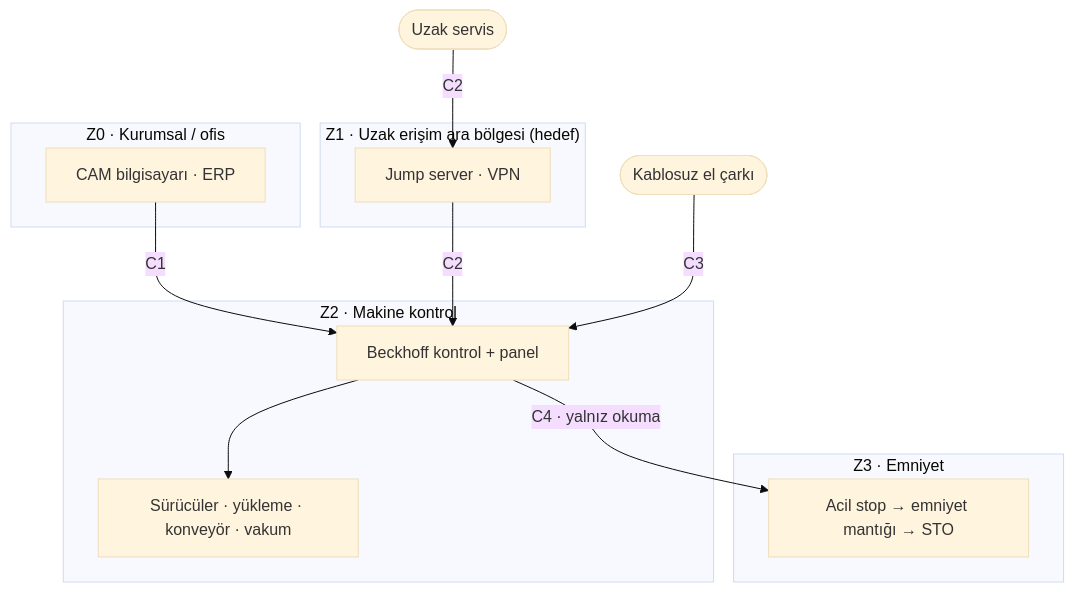
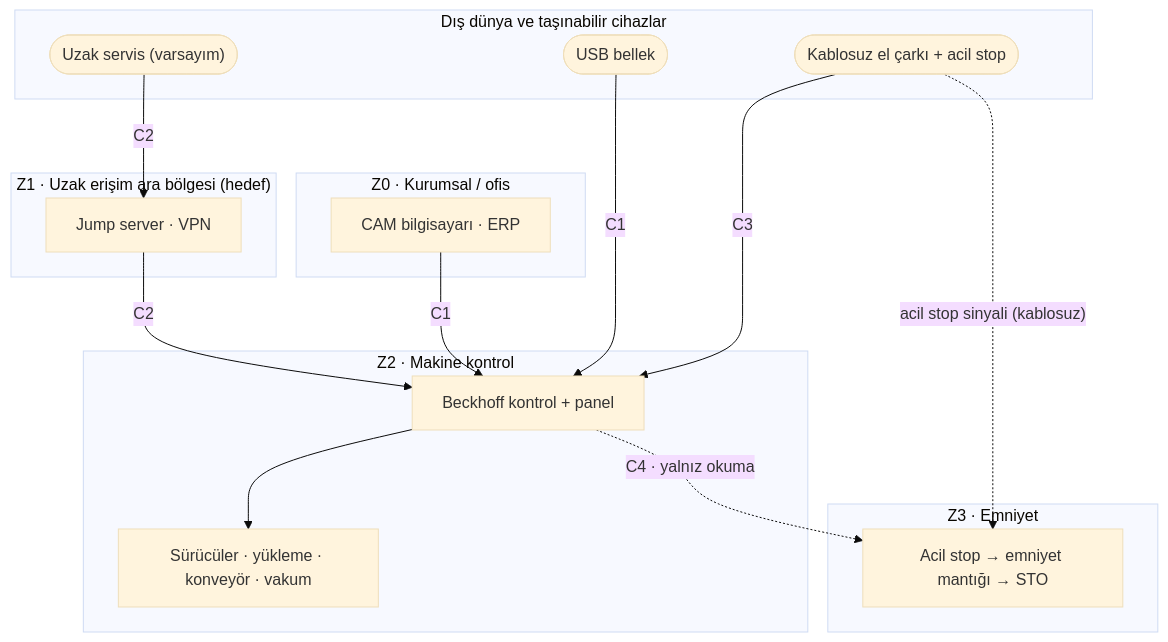
One commit to yunusemec/ymh459-elfamak-venom3x changed the diagram in lab2-iec62443-mini-workshop/lab2-genel-surum.md. Above: the diagram before and after it, drawn with Mermaid (base theme). The commit also changed other lines of this file and 9 other files, not shown here.

````diff
--- a/lab2-iec62443-mini-workshop/lab2-genel-surum.md
+++ b/lab2-iec62443-mini-workshop/lab2-genel-surum.md
@@ -56,21 +59,29 @@
 ```mermaid
 flowchart TB
+  subgraph DIS["Dış dünya ve taşınabilir cihazlar"]
+    SRV(["Uzak servis (varsayım)"])
+    USB(["USB bellek"])
+    HW(["Kablosuz el çarkı + acil stop"])
+  end
   subgraph Z0["Z0 · Kurumsal / ofis"]
     CAM["CAM bilgisayarı · ERP"]
   end
   subgraph Z1["Z1 · Uzak erişim ara bölgesi (hedef)"]
     JS["Jump server · VPN"]
   end
   subgraph Z2["Z2 · Makine kontrol"]
     PC["Beckhoff kontrol + panel"]
     IO["Sürücüler · yükleme · konveyör · vakum"]
   end
   subgraph Z3["Z3 · Emniyet"]
     SL["Acil stop → emniyet mantığı → STO"]
   end
+  SRV -- "C2" --> JS
+  JS -- "C2" --> PC
   CAM -- "C1" --> PC
-  SRV(["Uzak servis"]) -- "C2" --> JS -- "C2" --> PC
-  HW(["Kablosuz el çarkı"]) -- "C3" --> PC
-  PC -- "C4 · yalnız okuma" --> SL
+  USB -- "C1" --> PC
+  HW -- "C3" --> PC
+  HW -. "acil stop sinyali (kablosuz)" .-> SL
   PC --> IO
+  PC -. "C4 · yalnız okuma" .-> SL
 ```
````
